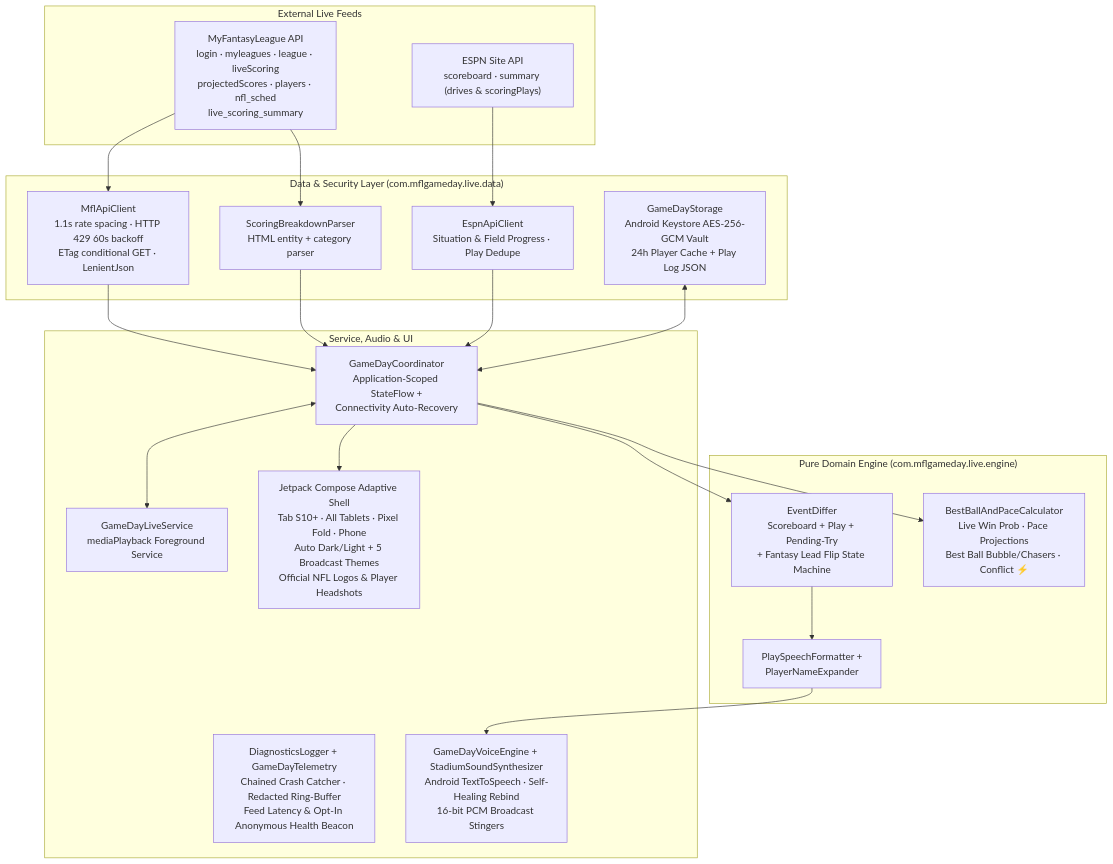
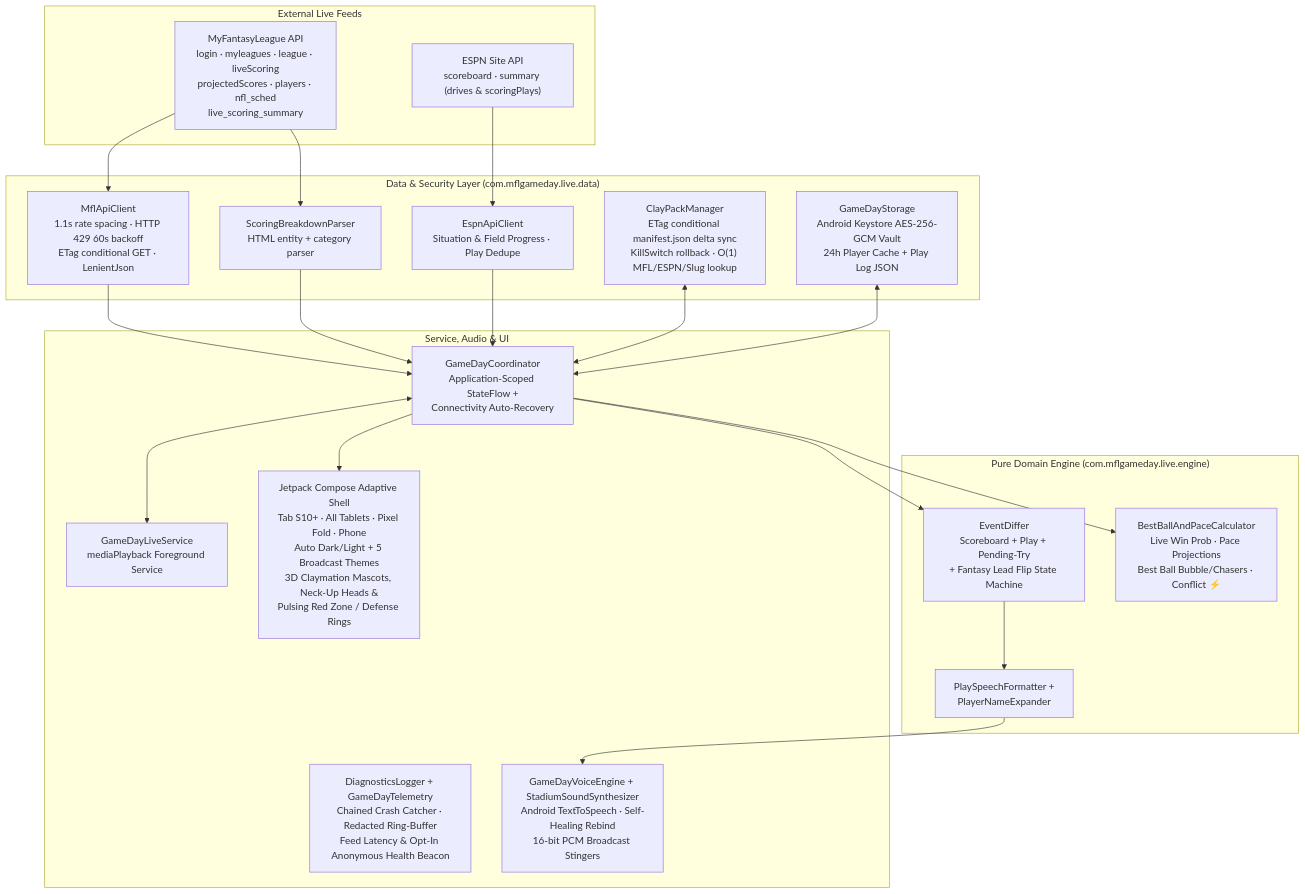
The diagram in docs/architecture_map.md (GinoMotisko/mfl-gameday-live), drawn with Mermaid before and after one commit. The commit also changed other lines of this file and 50 other files, not shown here.

First line of the commit message:
feat: unified 3D claymation visual engine, OTA head delta pack & Red Zone pulse (#12)

````diff
--- a/docs/architecture_map.md
+++ b/docs/architecture_map.md
@@ -15,42 +15,44 @@
 ```mermaid
 flowchart TD
     subgraph Providers["External Live Feeds"]
         MFL["MyFantasyLeague API\nlogin · myleagues · league · liveScoring\nprojectedScores · players · nfl_sched\nlive_scoring_summary"]
         ESPN["ESPN Site API\nscoreboard · summary (drives & scoringPlays)"]
     end
 
     subgraph DataLayer["Data & Security Layer (com.mflgameday.live.data)"]
         MflClient["MflApiClient\n1.1s rate spacing · HTTP 429 60s backoff\nETag conditional GET · LenientJson"]
         EspnClient["EspnApiClient\nSituation & Field Progress · Play Dedupe"]
         BreakdownParser["ScoringBreakdownParser\nHTML entity + category parser"]
+        ClayMgr["ClayPackManager\nETag conditional manifest.json delta sync\nKillSwitch rollback · O(1) MFL/ESPN/Slug lookup"]
         Storage["GameDayStorage\nAndroid Keystore AES-256-GCM Vault\n24h Player Cache + Play Log JSON"]
     end
 
     subgraph EngineLayer["Pure Domain Engine (com.mflgameday.live.engine)"]
         Differ["EventDiffer\nScoreboard + Play + Pending-Try\n+ Fantasy Lead Flip State Machine"]
         Pace["BestBallAndPaceCalculator\nLive Win Prob · Pace Projections\nBest Ball Bubble/Chasers · Conflict ⚡"]
         Formatter["PlaySpeechFormatter +\nPlayerNameExpander"]
     end
 
     subgraph Runtime["Service, Audio & UI"]
         Coord["GameDayCoordinator\nApplication-Scoped StateFlow +\nConnectivity Auto-Recovery"]
         Diag["DiagnosticsLogger + GameDayTelemetry\nChained Crash Catcher · Redacted Ring-Buffer\nFeed Latency & Opt-In Anonymous Health Beacon"]
         Voice["GameDayVoiceEngine + StadiumSoundSynthesizer\nAndroid TextToSpeech · Self-Healing Rebind\n16-bit PCM Broadcast Stingers"]
         FGS["GameDayLiveService\nmediaPlayback Foreground Service"]
-        UI["Jetpack Compose Adaptive Shell\nTab S10+ · All Tablets · Pixel Fold · Phone\nAuto Dark/Light + 5 Broadcast Themes\nOfficial NFL Logos & Player Headshots"]
+        UI["Jetpack Compose Adaptive Shell\nTab S10+ · All Tablets · Pixel Fold · Phone\nAuto Dark/Light + 5 Broadcast Themes\n3D Claymation Mascots, Neck-Up Heads &\nPulsing Red Zone / Defense Rings"]
     end
 
     MFL --> MflClient
     MFL --> BreakdownParser
     ESPN --> EspnClient
     MflClient --> Coord
     BreakdownParser --> Coord
     EspnClient --> Coord
+    ClayMgr <--> Coord
     Storage <--> Coord
     Coord --> Differ
     Coord --> Pace
     Differ --> Formatter
     Formatter --> Voice
     Coord <--> FGS
     Coord --> UI
 ```
````
